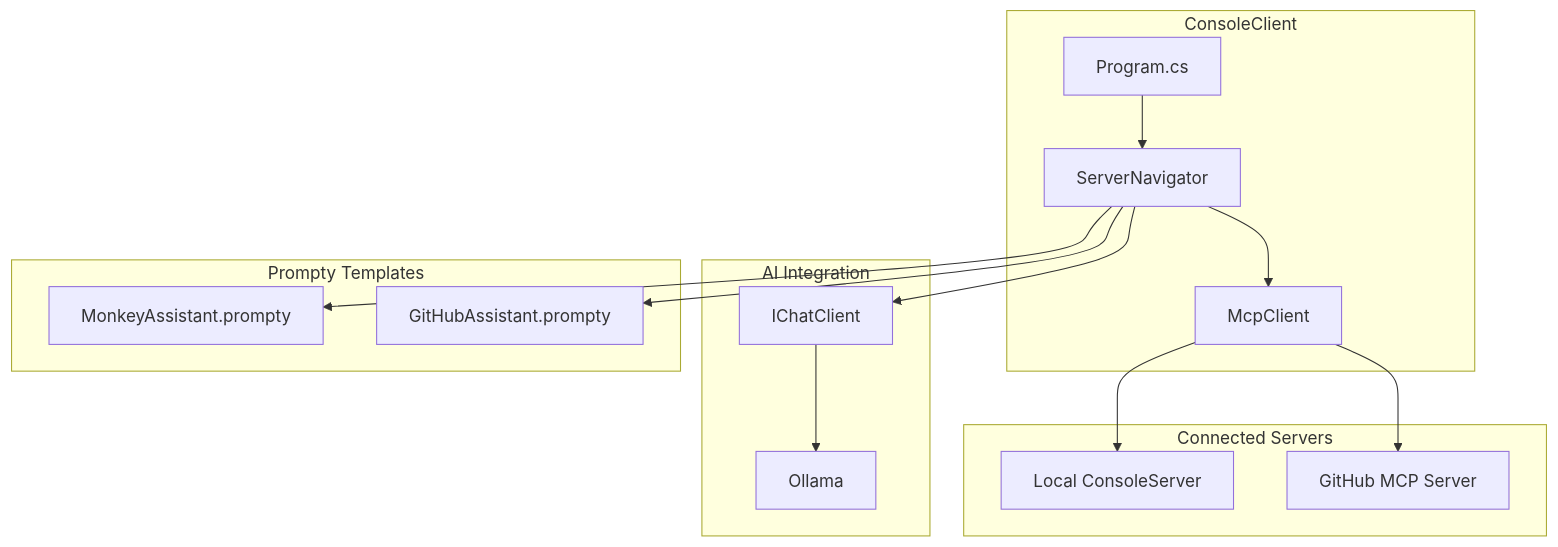
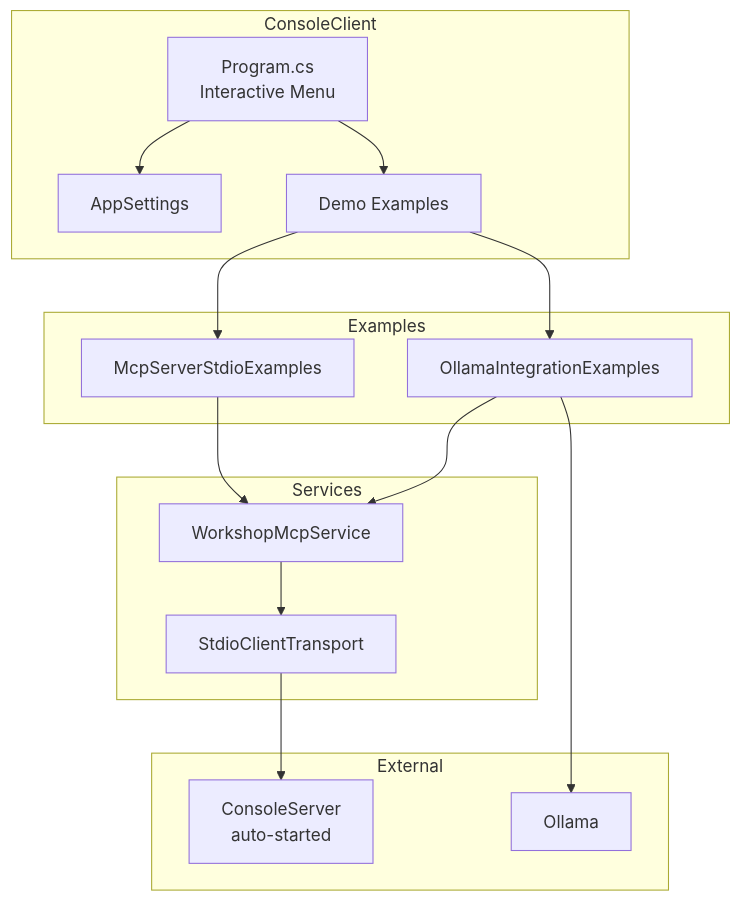
The fifth of 7 diagrams in docs/AI.Workshop.MCP.md (mgliot/AI.Workshop), drawn with Mermaid before and after one commit. The commit also changed other lines of this file and 9 other files, not shown here.

Commit message:
feat: MCP console client now launches server + selectable MCP demos

````diff
--- a/docs/AI.Workshop.MCP.md
+++ b/docs/AI.Workshop.MCP.md
@@ -141,28 +134,30 @@
 ```mermaid
 graph TB
     subgraph "ConsoleClient"
-        MAIN[Program.cs]
-        CLI[McpClient]
-        NAV[ServerNavigator]
+        MAIN[Program.cs<br/>Interactive Menu]
+        CFG[AppSettings]
+        DEMO[Demo Examples]
     end
     
-    subgraph "Connected Servers"
-        LOCAL[Local ConsoleServer]
-        GITHUB[GitHub MCP Server]
+    subgraph "Services"
+        WS[WorkshopMcpService]
+        STDIO[StdioClientTransport]
     end
     
-    subgraph "AI Integration"
-        CC[IChatClient]
+    subgraph "Examples"
+        SE[McpServerStdioExamples]
+        OE[OllamaIntegrationExamples]
+    end
+    
+    subgraph "External"
+        SVR[ConsoleServer<br/>auto-started]
         OLL[Ollama]
     end
     
-    subgraph "Prompty Templates"
-        P1[MonkeyAssistant.prompty]
-        P2[GitHubAssistant.prompty]
-    end
-    
-    MAIN --> NAV --> CLI
-    CLI --> LOCAL & GITHUB
-    NAV --> CC --> OLL
-    NAV --> P1 & P2
+    MAIN --> CFG
+    MAIN --> DEMO
+    DEMO --> SE & OE
+    SE --> WS --> STDIO --> SVR
+    OE --> WS
+    OE --> OLL
 ```
````
